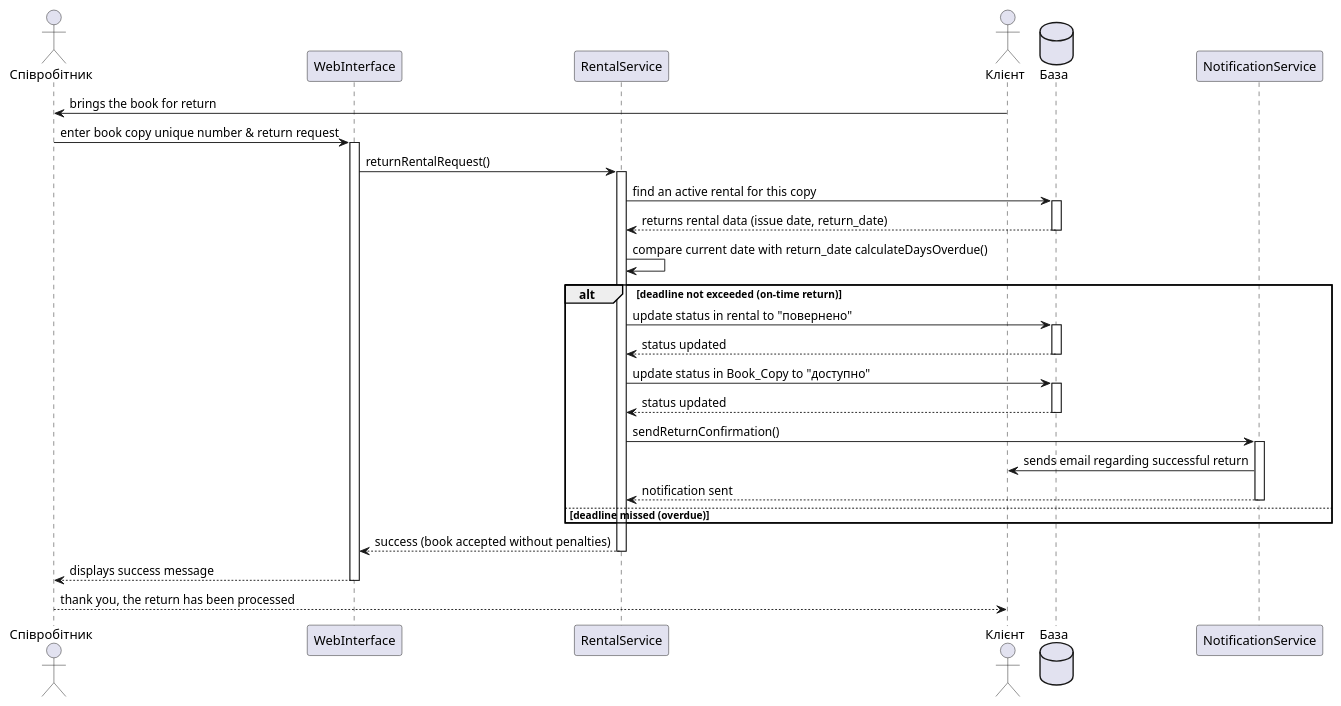
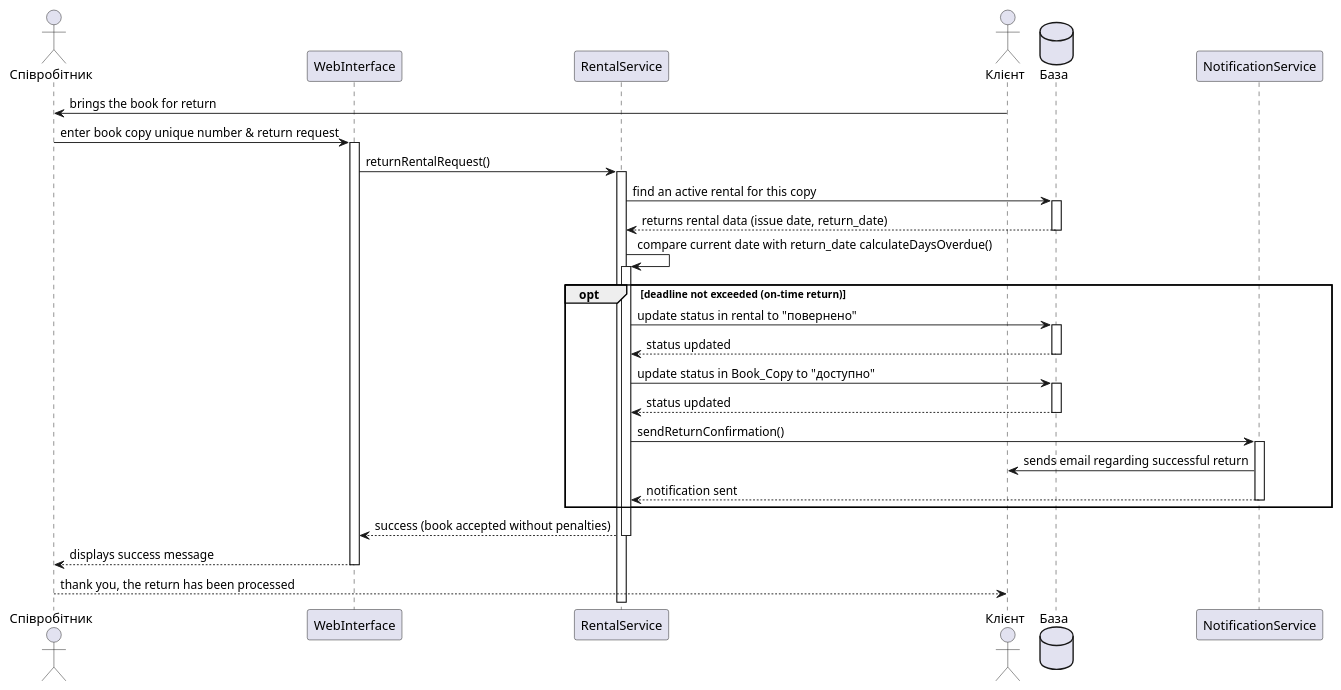
The third of 4 diagrams in task3/sequence.puml (sofiakiosova37-boop/bookshop_kpi2), drawn with PlantUML before and after one commit. The commit also changed other lines of this file, not shown here.

Commit message:
alt changed fot opt in 3 and 4

```diff
--- a/task3/sequence.puml
+++ b/task3/sequence.puml
@@ -86,30 +86,29 @@
 @startuml
 actor Співробітник as staff
 participant WebInterface as ui
 participant RentalService as service
 actor Клієнт as cus
 database База as DB
 participant NotificationService as notify
 
 cus -> staff: brings the book for return
 staff -> ui ++: enter book copy unique number & return request
 ui -> service ++: returnRentalRequest()
 service -> DB ++: find an active rental for this copy
 service <-- DB --: returns rental data (issue date, return_date)
-service -> service: compare current date with return_date calculateDaysOverdue() 
+service -> service ++: compare current date with return_date calculateDaysOverdue() 
 
-alt deadline not exceeded (on-time return)
+opt deadline not exceeded (on-time return)
     service -> DB ++: update status in rental to "повернено"
     service <-- DB --: status updated
     service -> DB ++: update status in Book_Copy to "доступно"
     service <-- DB --: status updated
     service -> notify ++: sendReturnConfirmation()
     notify -> cus: sends email regarding successful return
     service <-- notify --: notification sent
-else deadline missed (overdue)
-end alt
+end 
 
 ui <-- service --: success (book accepted without penalties)
 staff <-- ui --: displays success message
 cus <-- staff: thank you, the return has been processed
 @enduml
```
